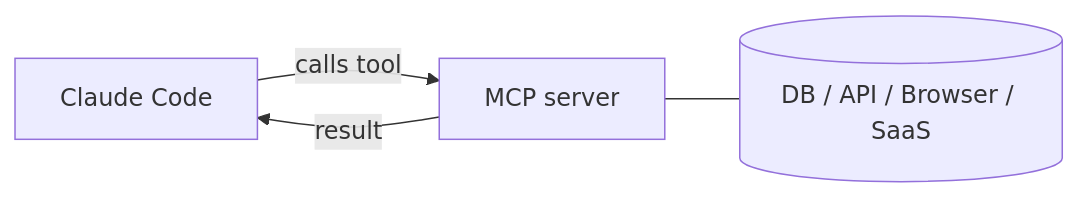
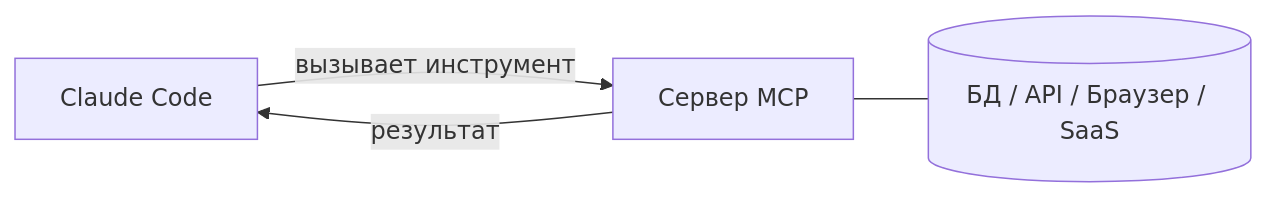
Before and after one commit to derob98/ailmanac: the diagram in i18n/ru/docusaurus-plugin-content-docs/current/claude-code/mcp.mdx, drawn with Mermaid. The commit also changed other lines of this file and 43 other files, not shown here.

````diff
--- a/i18n/ru/docusaurus-plugin-content-docs/current/claude-code/mcp.mdx
+++ b/i18n/ru/docusaurus-plugin-content-docs/current/claude-code/mcp.mdx
@@ -17,6 +17,6 @@
 ```mermaid
 flowchart LR
-  CC[Claude Code] -- calls tool --> S[MCP server]
-  S -- result --> CC
-  S --- D[(DB / API / Browser / SaaS)]
+  CC[Claude Code] -- вызывает инструмент --> S[Сервер MCP]
+  S -- результат --> CC
+  S --- D[(БД / API / Браузер / SaaS)]
 ```
````
